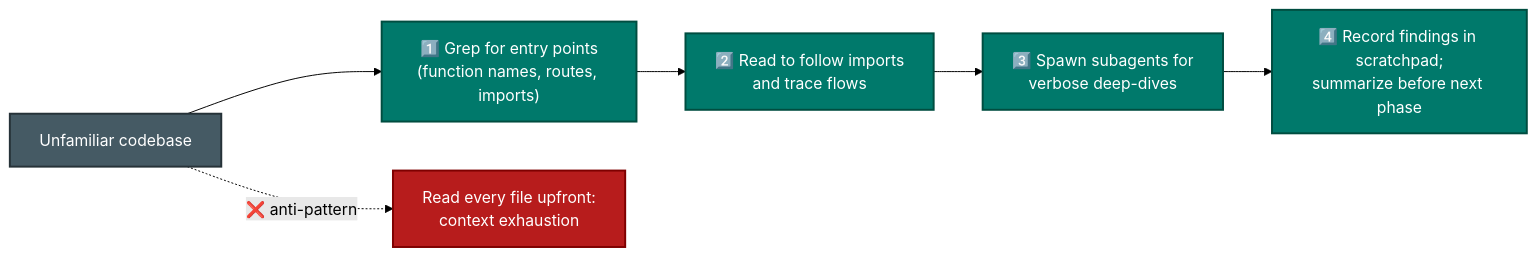
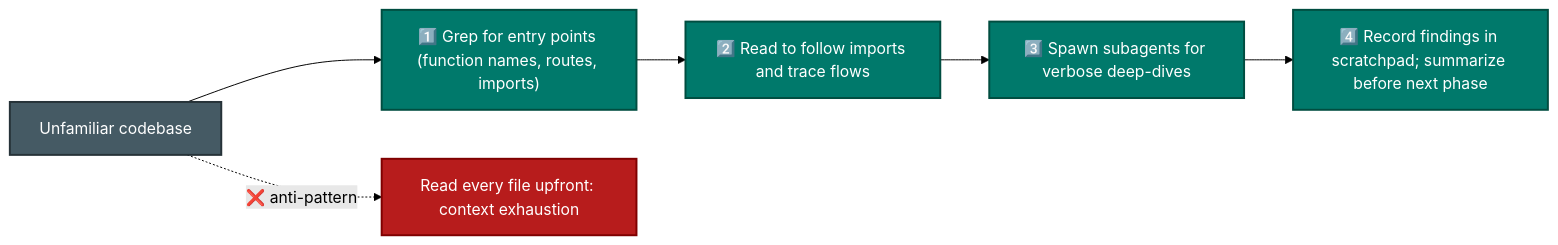
Before and after one commit to parmar-m/claude-architect-certification-prep: the second of 2 diagrams in CCA-F/scenarios/s4-developer-productivity.md, drawn with Mermaid (forest theme). The commit also changed other lines of this file and 24 other files, not shown here.

Commit message:
fix html tags in mmd diagrams

````diff
--- a/CCA-F/scenarios/s4-developer-productivity.md
+++ b/CCA-F/scenarios/s4-developer-productivity.md
@@ -35,14 +35,14 @@
 ```mermaid
 flowchart LR
-    START["Unfamiliar codebase"] --> G1["1️⃣ Grep for entry points<br/>(function names, routes, imports)"]
-    G1 --> R1["2️⃣ Read to follow imports<br/>and trace flows"]
-    R1 --> S1["3️⃣ Spawn subagents for<br/>verbose deep-dives"]
-    S1 --> SC["4️⃣ Record findings in scratchpad;<br/>summarize before next phase"]
-    START -. "❌ anti-pattern" .-> BAD["Read every file upfront:<br/>context exhaustion"]
+    START["Unfamiliar codebase"] --> G1["1️⃣ Grep for entry points (function names, routes, imports)"]
+    G1 --> R1["2️⃣ Read to follow imports and trace flows"]
+    R1 --> S1["3️⃣ Spawn subagents for verbose deep-dives"]
+    S1 --> SC["4️⃣ Record findings in scratchpad; summarize before next phase"]
+    START -. "❌ anti-pattern" .-> BAD["Read every file upfront: context exhaustion"]
     classDef step fill:#00796B,color:#fff,stroke:#004D40,stroke-width:2px
     classDef bad fill:#B71C1C,color:#fff,stroke:#7F0000,stroke-width:2px
     classDef n fill:#455A64,color:#fff,stroke:#263238,stroke-width:2px
     class G1,R1,S1,SC step
     class BAD bad
     class START n
 ```
````
